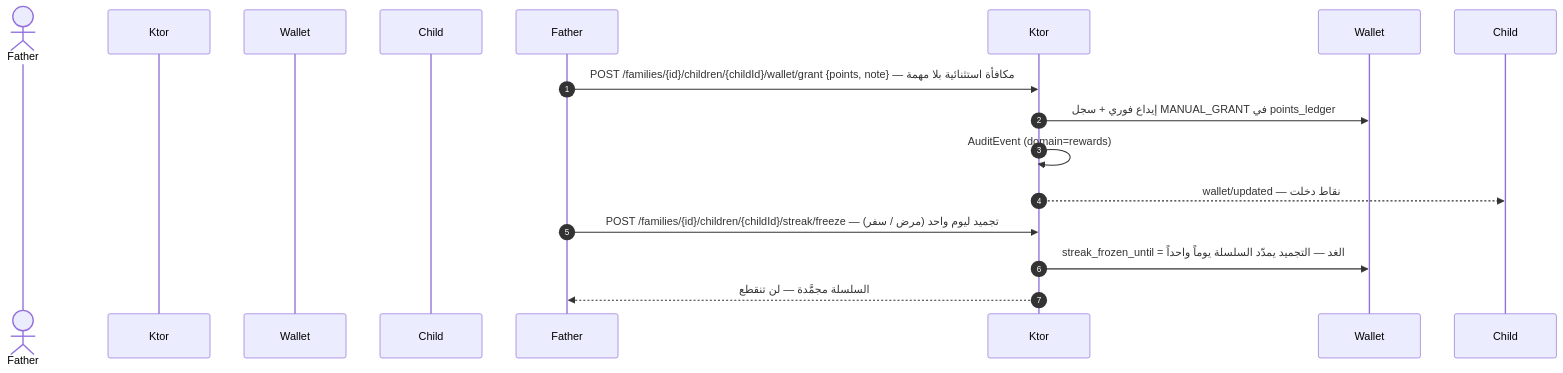
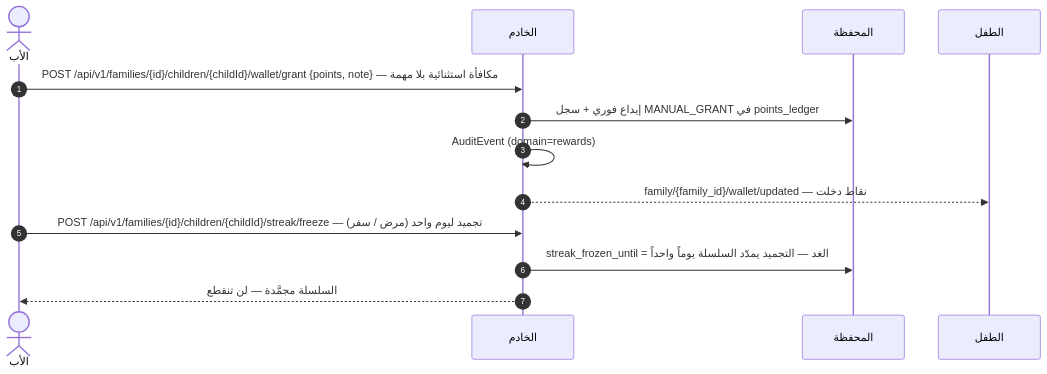
The sixth of 12 diagrams in docs/family-os/governance/phases/phase-1/S1-05-rewards-children/DIAGRAMS.md (Bassam-mohammed-alqaeadi/family-os-v2), drawn with Mermaid before and after one commit. The commit also changed other lines of this file and 10 other files, not shown here.

Commit message:
إغلاق المراجعة الشاملة R1–R5 (Q-196…Q-231) — المخططات DIAGRAMS + خريطة السياق (2/4)

````diff
--- a/docs/family-os/governance/phases/phase-1/S1-05-rewards-children/DIAGRAMS.md
+++ b/docs/family-os/governance/phases/phase-1/S1-05-rewards-children/DIAGRAMS.md
@@ -278,15 +302,15 @@
 ```mermaid
 sequenceDiagram
     autonumber
-    actor الأب as Father
-    participant الخادم as Ktor
-    participant المحفظة as Wallet
-    participant الطفل as Child
-    Father->>Ktor: POST /families/{id}/children/{childId}/wallet/grant {points, note} — مكافأة استثنائية بلا مهمة
+    actor Father as الأب
+    participant Ktor as الخادم
+    participant Wallet as المحفظة
+    participant Child as الطفل
+    Father->>Ktor: POST /api/v1/families/{id}/children/{childId}/wallet/grant {points, note} — مكافأة استثنائية بلا مهمة
     Ktor->>Wallet: إيداع فوري + سجل MANUAL_GRANT في points_ledger
     Ktor->>Ktor: AuditEvent (domain=rewards)
-    Ktor-->>Child: wallet/updated — نقاط دخلت
-    Father->>Ktor: POST /families/{id}/children/{childId}/streak/freeze — تجميد ليوم واحد (مرض / سفر)
+    Ktor-->>Child: family/{family_id}/wallet/updated — نقاط دخلت
+    Father->>Ktor: POST /api/v1/families/{id}/children/{childId}/streak/freeze — تجميد ليوم واحد (مرض / سفر)
     Ktor->>Wallet: streak_frozen_until = الغد — التجميد يمدّد السلسلة يوماً واحداً
     Ktor-->>Father: السلسلة مجمَّدة — لن تنقطع
 ```
````
